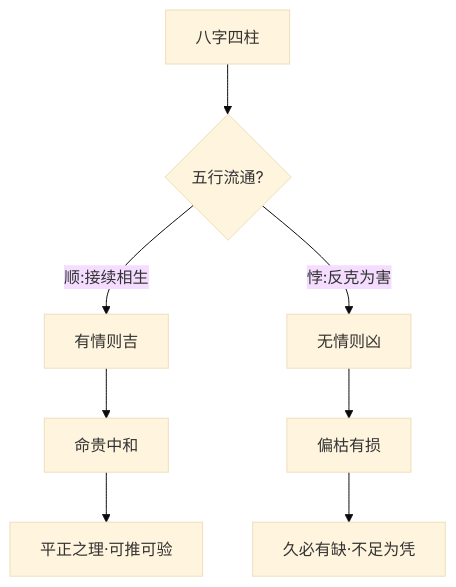
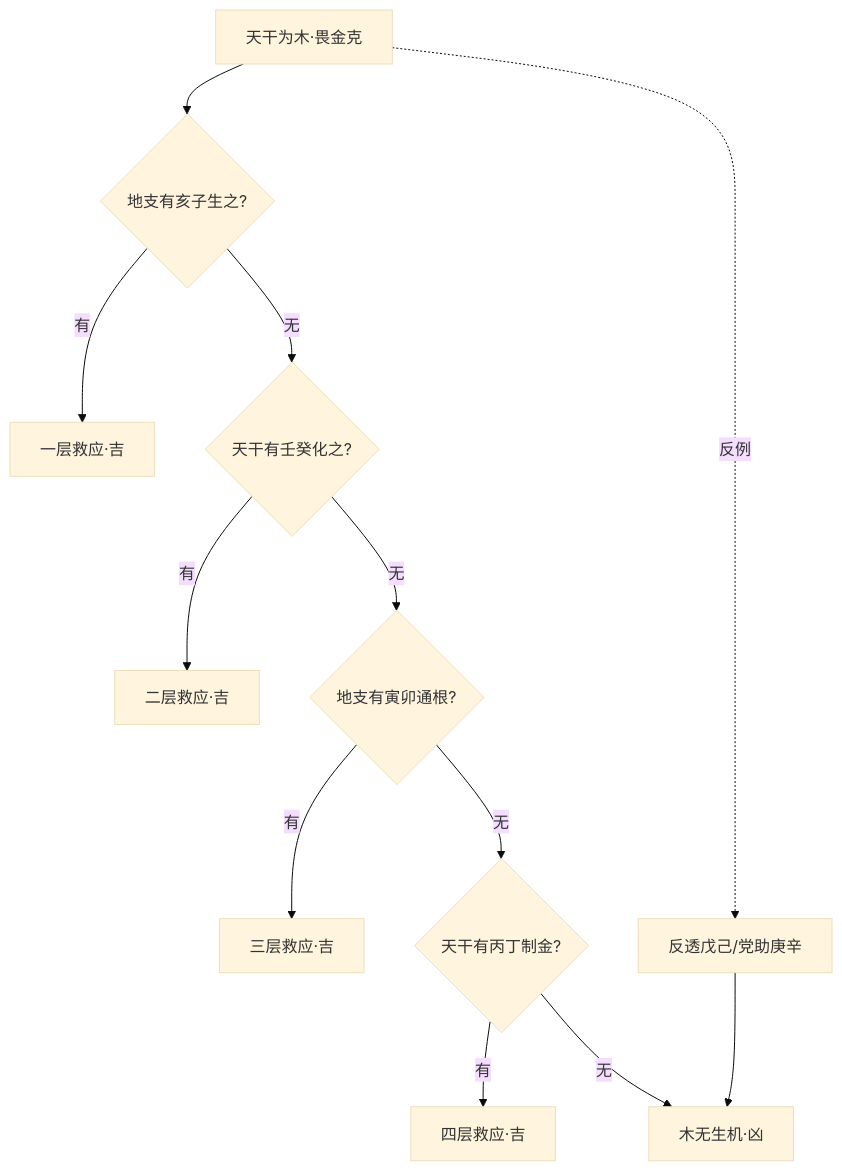
The diagram in books/滴天髓阐微/articles/人道/interpretation.md (Banny-Gao/mingli-research), drawn with Mermaid (base theme) before and after one commit. The commit also changed other lines of this file and 13 other files, not shown here.

````diff
--- a/books/滴天髓阐微/articles/人道/interpretation.md
+++ b/books/滴天髓阐微/articles/人道/interpretation.md
@@ -87,10 +30,13 @@
 ```mermaid
 flowchart TD
-    A[八字四柱] --> B{五行流通?}
-    B -->|顺:接续相生| C[有情则吉]
-    B -->|悖:反克为害| D[无情则凶]
-    C --> E[命贵中和]
-    D --> F[偏枯有损]
-    F --> G[久必有缺·不足为凭]
-    E --> H[平正之理·可推可验]
+    A[天干为木·畏金克] --> B{地支有亥子生之?}
+    B -->|有| C[一层救应·吉]
+    B -->|无| D{天干有壬癸化之?}
+    D -->|有| E[二层救应·吉]
+    D -->|无| F{地支有寅卯通根?}
+    F -->|有| G[三层救应·吉]
+    F -->|无| H{天干有丙丁制金?}
+    H -->|有| I[四层救应·吉]
+    H -->|无| J[木无生机·凶]
+    A -.反例.-> K[反透戊己/党助庚辛] --> J
 ```
````
